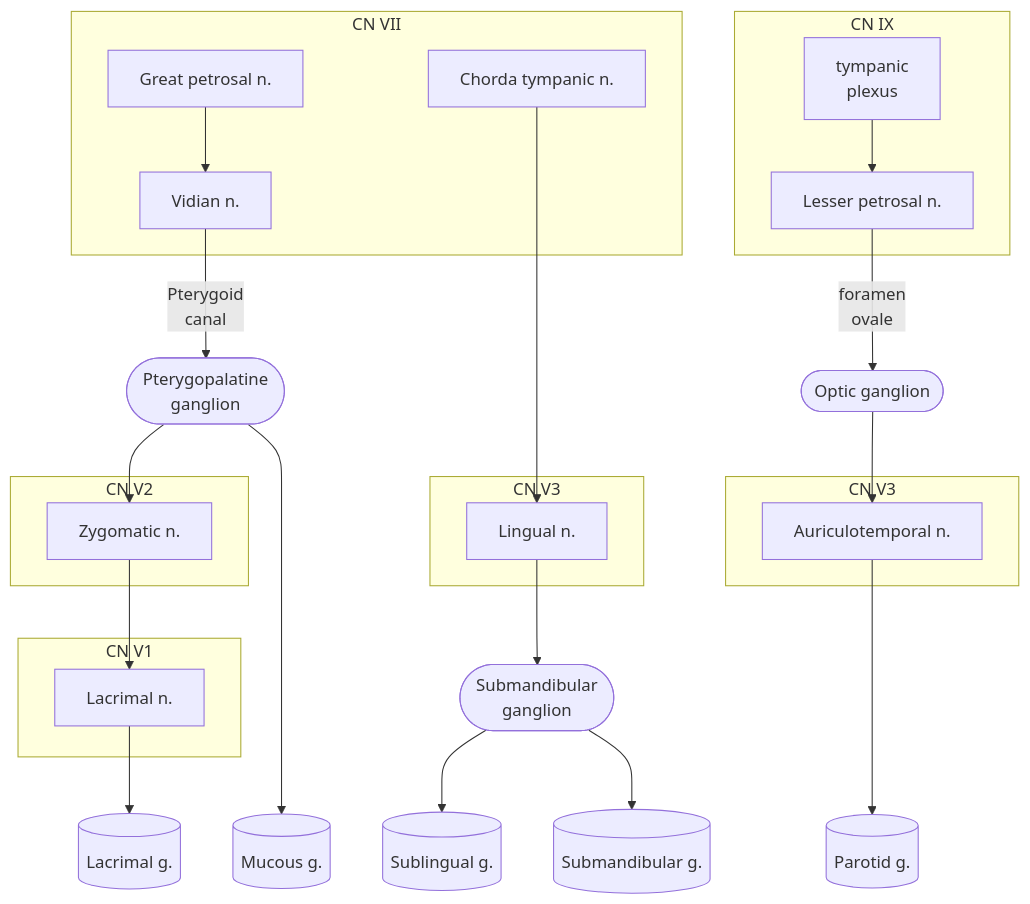
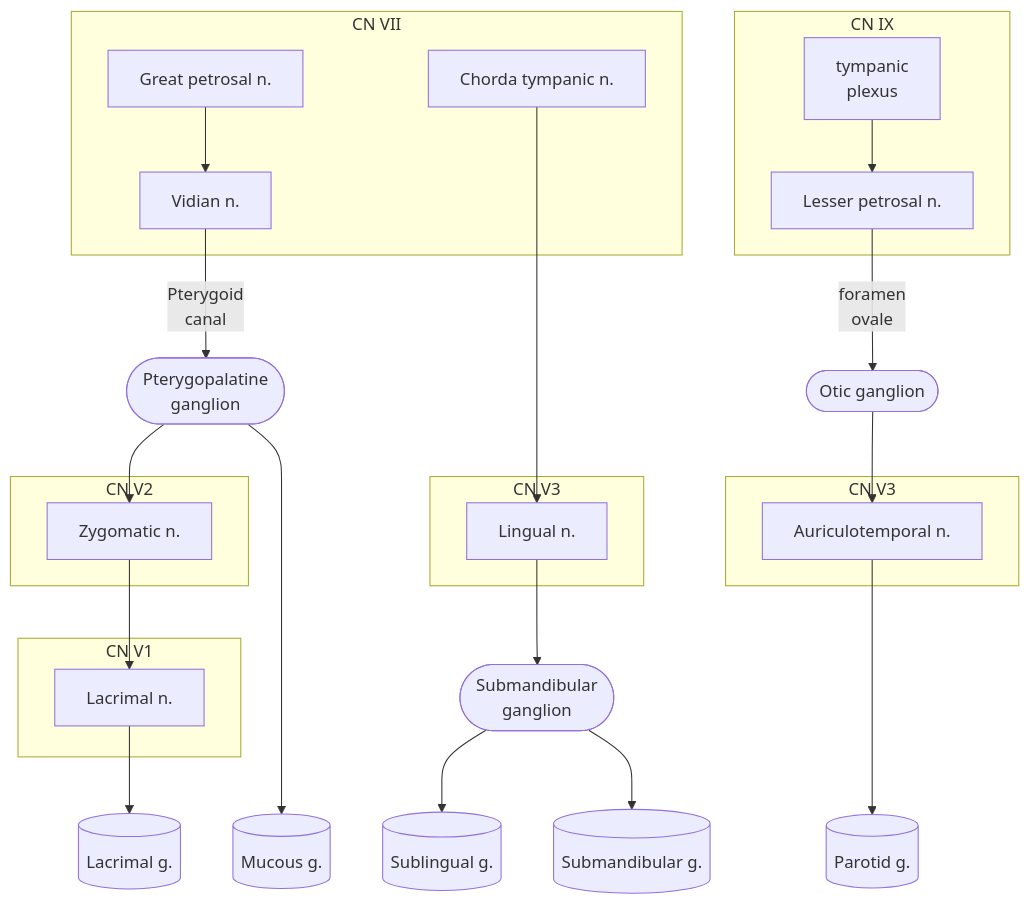
Before and after one commit to hsiu-chan/notebook: diagram 13 of 20 in notes/二上/口解.md, drawn with Mermaid. The commit also changed other lines of this file and 123 other files, not shown here.

````diff
--- a/notes/二上/口解.md
+++ b/notes/二上/口解.md
@@ -690,52 +693,52 @@
 ```mermaid
 flowchart TB
 
 subgraph 7[CN VII]
 gp[Great petrosal n.]
 v[Vidian n.]
 ct[Chorda tympanic n.]
 
 end
 subgraph 9[CN IX]
 tp[tympanic<br>plexus]
 lp[Lesser petrosal n.]
 end
 
 
 subgraph 52[CN V2]
 z
 end
 subgraph 53[CN V3]
 l[Lingual n.]
 
 end
 subgraph 54[CN V3]
 a[Auriculotemporal n. ]
 end
 
 subgraph 51[CN V1]
 lc
 end
 
 
-oga([Optic ganglion])
+oga([Otic ganglion])
 mga([Submandibular<br>ganglion])
 
 tp-->lp-->|foramen<br>ovale|oga-->a--->p[(Parotid g.)]
 
 ct---->l-->mga-->lg[(Sublingual g.)] & mg[(Submandibular g.)]
 
 gp--> v-->|Pterygoid<br>canal|pga([Pterygopalatine<br>ganglion])
 
 pga-->z[Zygomatic n.]-->lc[Lacrimal n.]-->ag[(Lacrimal g.)]
 pga---->mug[(Mucous g.)]
 
 
 click pga "#pterygopalatine-ganglion"
 click a "#posterior-division"
 click l "#posterior-division"
 click lp "#cn-ix"
 click ct "#chorda-tympanic-n"
 click z "#cn-v2"
 click lc "#cn-v1"
 ```
````
